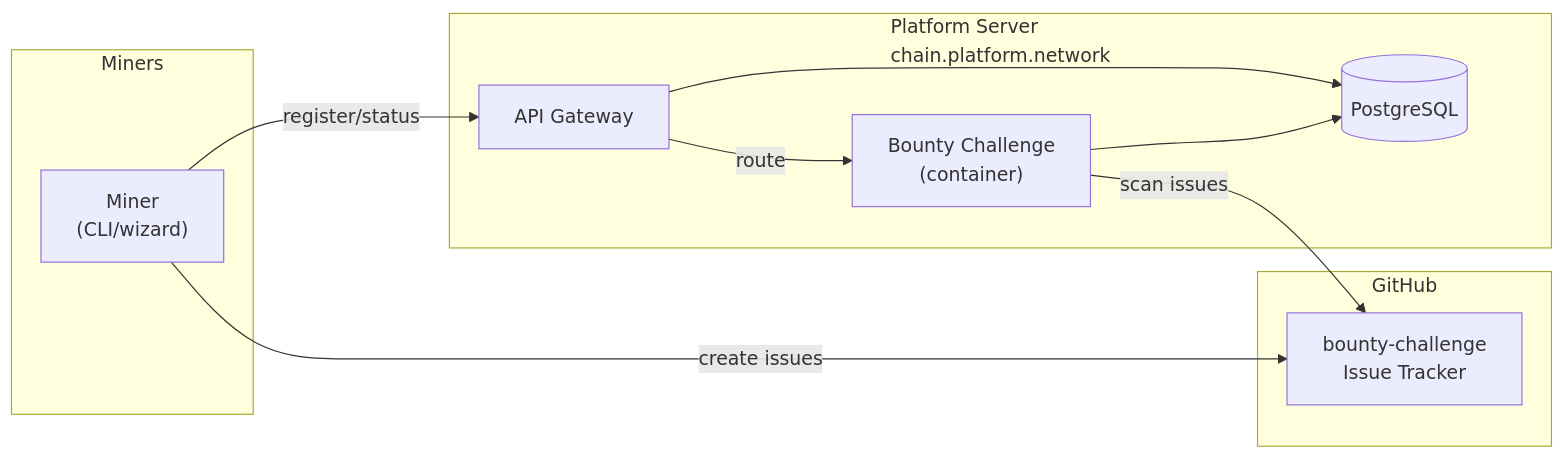
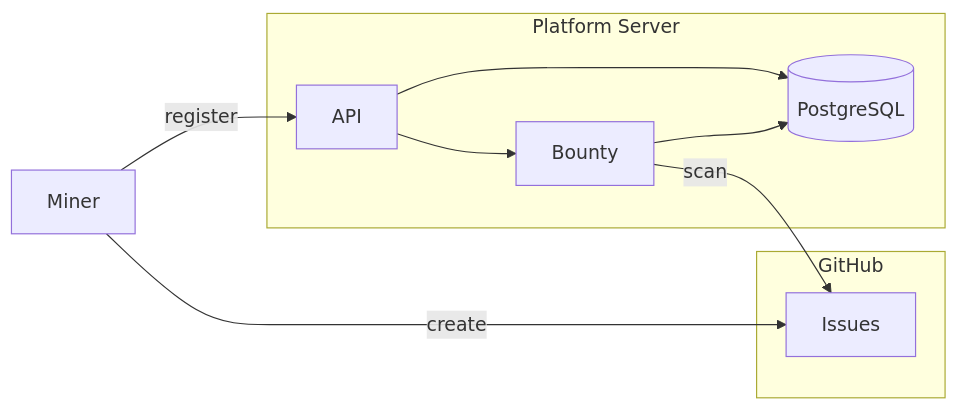
The ninth of 13 diagrams in README.md (PlatformNetwork/roadmap), drawn with Mermaid before and after one commit. The commit also changed other lines of this file, not shown here.

Commit message:
style: simplify mermaid labels, move Data Fabrication to Q2

````diff
--- a/README.md
+++ b/README.md
@@ -250,23 +237,18 @@
 ```mermaid
 flowchart LR
-    subgraph Miners
-        Miner["Miner\n(CLI/wizard)"]
-    end
+    Miner["Miner"]
 
-    subgraph Platform["Platform Server\nchain.platform.network"]
-        API["API Gateway"]
-        DB[("PostgreSQL")]
-        Bounty["Bounty Challenge\n(container)"]
-        API --> DB
-        Bounty --> DB
+    subgraph Platform["Platform Server"]
+        API["API"] --> DB[("PostgreSQL")]
+        Bounty["Bounty"] --> DB
     end
 
     subgraph GitHub["GitHub"]
-        Issues["bounty-challenge\nIssue Tracker"]
+        Issues["Issues"]
     end
 
-    Miner -->|"register/status"| API
-    API -->|"route"| Bounty
-    Bounty -->|"scan issues"| Issues
-    Miner -->|"create issues"| Issues
+    Miner -->|register| API
+    API --> Bounty
+    Bounty -->|scan| Issues
+    Miner -->|create| Issues
 ```
````
